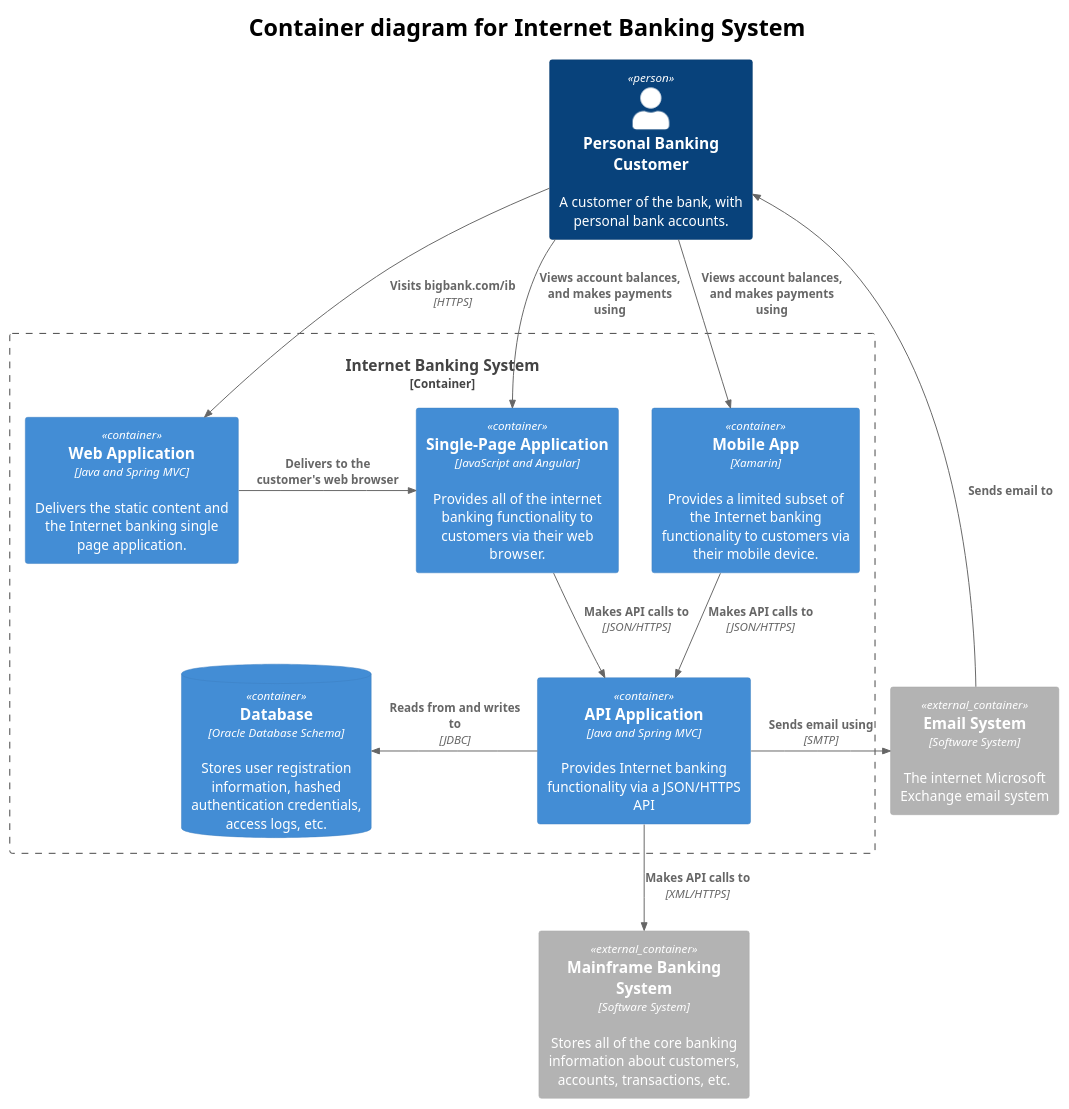
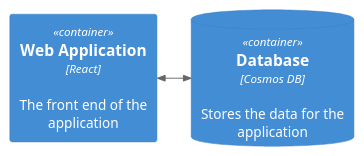
Before and after one commit to eimajtrebor/plantuml-examples: the diagram in c4/container/container-example.puml, drawn with PlantUML. The commit also changed 4 other files, not shown here.

```diff
--- a/c4/container/container-example.puml
+++ b/c4/container/container-example.puml
@@ -1,35 +1,30 @@
 @startuml "C4 Container Example"
 !include https://raw.githubusercontent.com/plantuml-stdlib/C4-PlantUML/master/C4_Container.puml
 
-skinparam TitleFontSize 24
-title Container diagram for Internet Banking System
+Container(webApp, "Web Application", "React", "The front end of the application")
+ContainerDb(db, "Database", "Cosmos DB", "Stores the data for the application")
 
-Person(customer, "Personal Banking Customer", "A customer of the bank, with personal bank accounts.")
+' Vertical orientation
+' Rel(webApp, db, "Rel") ' -->>
+' BiRel(webApp, db, "BiRel") ' <<-->>
+' Rel_Back(webApp, db, "Rel_Back") ' <<--
 
-Container_Boundary(bankingSystem, "Internet Banking System"){
-    Container(webApp, "Web Application", "Java and Spring MVC", "Delivers the static content and the Internet banking single page application.")
-    Container(spa, "Single-Page Application", "JavaScript and Angular", "Provides all of the internet banking functionality to customers via their web browser.")    
-    Container(app, "Mobile App", "Xamarin", "Provides a limited subset of the Internet banking functionality to customers via their mobile device.")
-    ContainerDb(db, "Database", "Oracle Database Schema", "Stores user registration information, hashed authentication credentials, access logs, etc.")
-    Container(api, "API Application", "Java and Spring MVC", "Provides Internet banking functionality via a JSON/HTTPS API")
-}
+' Horizontal orientation
+' Rel_Neighbor(webApp, db, "Rel_Neighbor") ' ->>
+' BiRel_Neighbor(webApp, db, "BiRel_Neighbor") ' <<->>
+' Rel_Back_Neighbor(webApp, db, "Rel_Back_Neighbor") ' <<-
 
-Container_Ext(email, "Email System", "Software System", "The internet Microsoft Exchange email system")
-Container_Ext(mainframe, "Mainframe Banking System", "Software System", "Stores all of the core banking information about customers, accounts, transactions, etc.")
+' Rel_D(webApp, db, "Rel_D") ' -->>
+' Rel_Down(webApp, db, "Rel_Down") ' -->>
+' BiRel_D(webApp, db, "BiRel_D") ' <<-->>
+' BiRel_Down(webApp, db, "BiRel_Down") ' <<-->>
 
-Rel(customer, webApp, "Visits bigbank.com/ib", "HTTPS")
-Rel(customer, spa, "Views account balances, and makes payments using")
-Rel(customer, app, "Views account balances, and makes payments using")
+' Rel_L(webApp, db, "Rel_L") ' <<-
+' Rel_Left(webApp, db, "Rel_Left") ' <<-
+' BiRel_L(webApp, db, "BiRel_L") ' <<->>
+' BiRel_Left(webApp, db, "BiRel_Left") ' <<->>
 
-Rel_R(webApp, spa, "Delivers to the customer's web browser")
-
-Rel_L(api, db, "Reads from and writes to", "JDBC")
-Rel_D(api, mainframe, "Makes API calls to", "XML/HTTPS")
-
-Rel_D(spa, api, "Makes API calls to", "JSON/HTTPS")
-Rel_D(app, api, "Makes API calls to", "JSON/HTTPS")
-
-Rel_L(email, customer, "Sends email to")
-Rel_R(api, email, "Sends email using", "SMTP")
+' webApp ->> db
+webApp <<->> db
 
 @enduml
```
